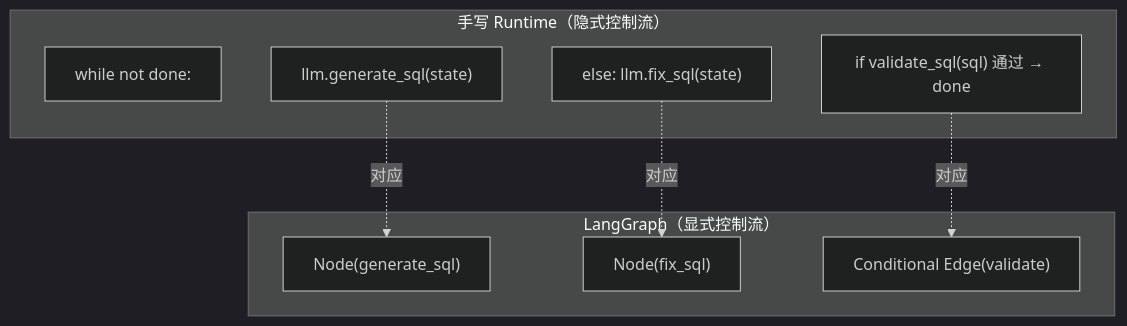
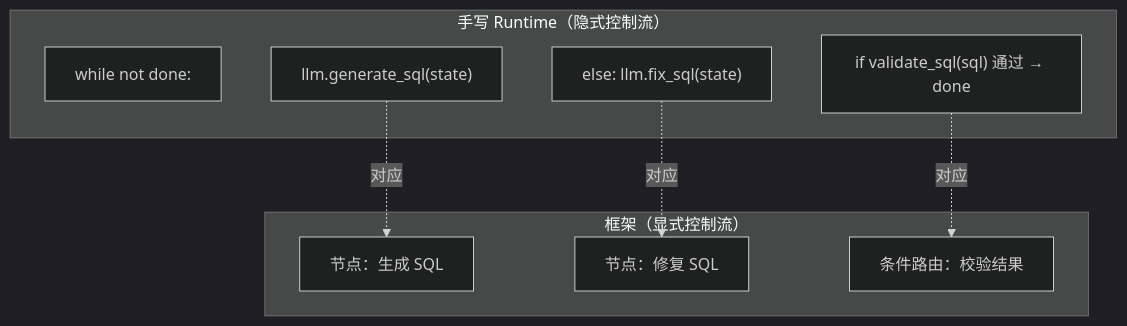
One commit to AnRun-M/enterprise-ai-agent-handbook changed the third of 4 diagrams in docs/01-agent-foundations/ch00-you-already-built-an-agent.md. Above: the diagram before and after it, drawn with Mermaid (dark theme). The commit also changed other lines of this file and 1 other file, not shown here.

Commit message:
docs: revise chapter 00 per architecture review

````diff
--- a/docs/01-agent-foundations/ch00-you-already-built-an-agent.md
+++ b/docs/01-agent-foundations/ch00-you-already-built-an-agent.md
@@ -182,17 +184,17 @@
 ```mermaid
 flowchart TD
     subgraph MANUAL["手写 Runtime（隐式控制流）"]
         M1["while not done:"]
         M2["llm.generate_sql(state)"]
         M3["if validate_sql(sql) 通过 → done"]
         M4["else: llm.fix_sql(state)"]
     end
-    subgraph GRAPH["LangGraph（显式控制流）"]
-        N1["Node(generate_sql)"]
-        N2["Node(fix_sql)"]
-        E1["Conditional Edge(validate)"]
+    subgraph GRAPH["框架（显式控制流）"]
+        N1["节点：生成 SQL"]
+        N2["节点：修复 SQL"]
+        E1["条件路由：校验结果"]
     end
     M2 -. 对应 .-> N1
     M4 -. 对应 .-> N2
     M3 -. 对应 .-> E1
 ```
````
